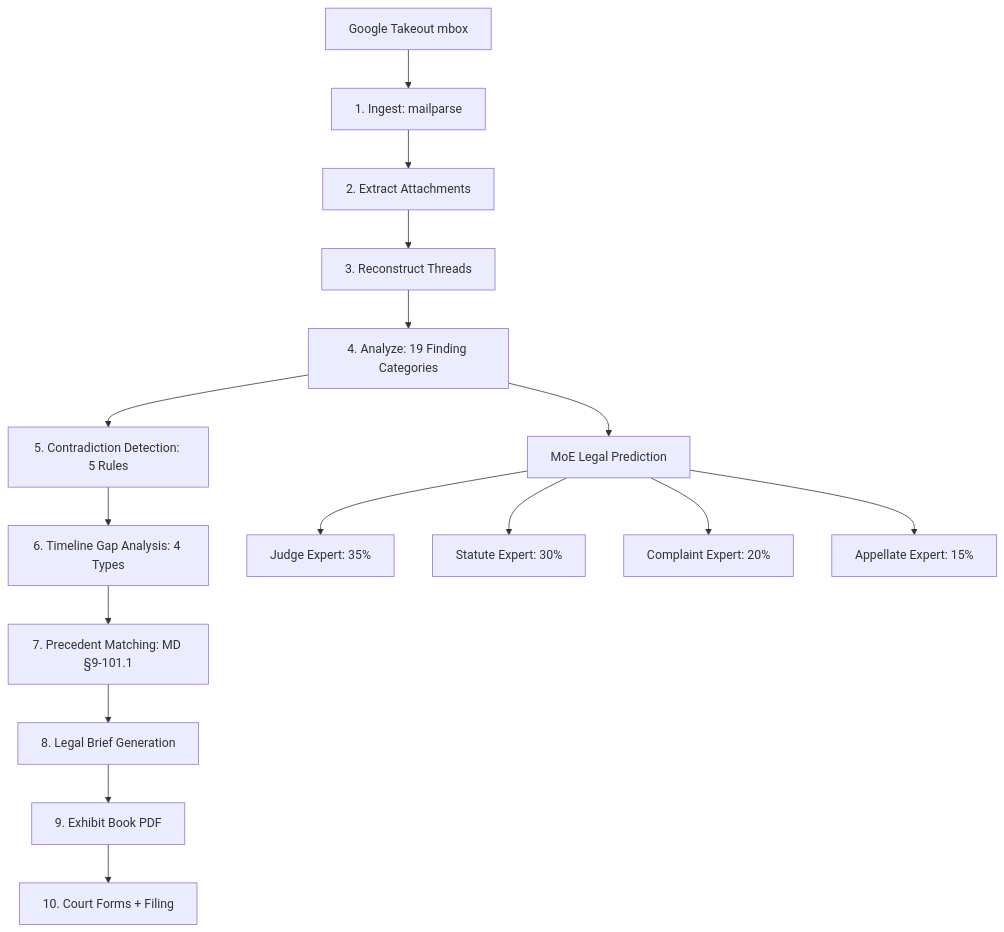
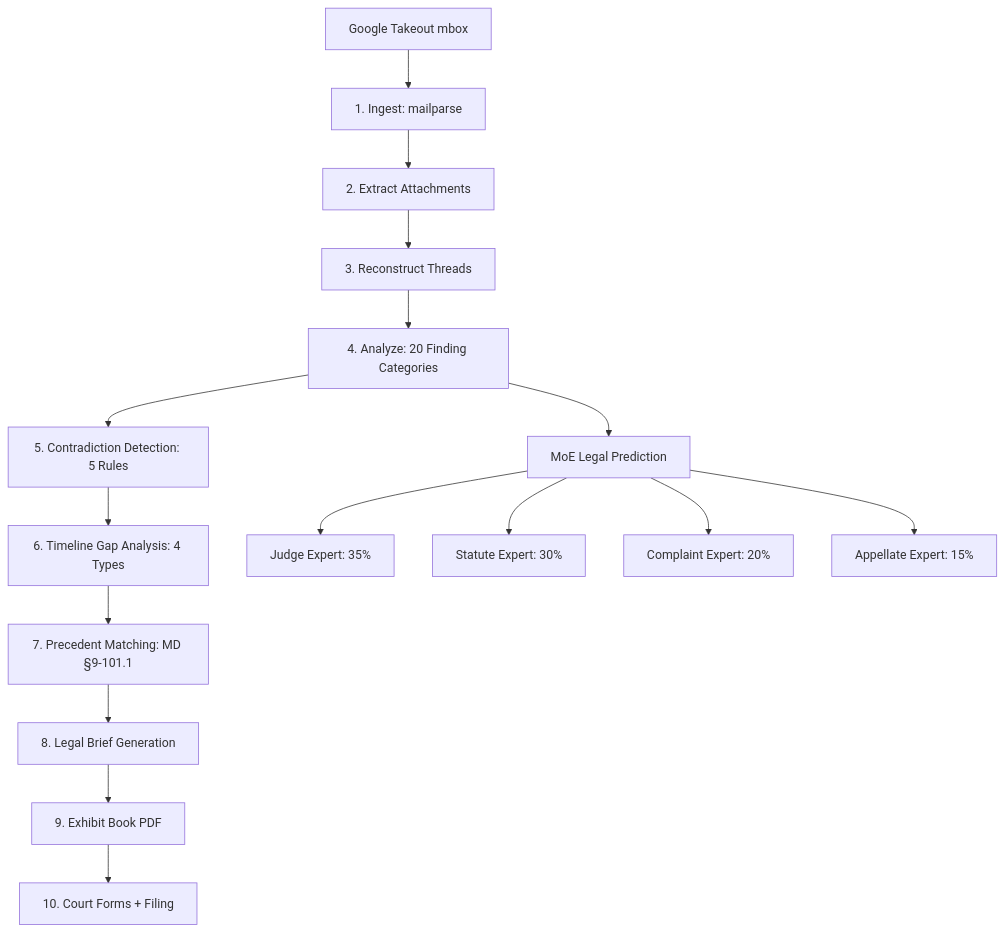
One commit to cochranblock/illbethejudgeofthat changed the diagram in PROOF_OF_ARTIFACTS.md. Above: the diagram before and after it, drawn with Mermaid. The commit also changed other lines of this file and 6 other files, not shown here.

````diff
--- a/PROOF_OF_ARTIFACTS.md
+++ b/PROOF_OF_ARTIFACTS.md
@@ -11,18 +11,18 @@
 ```mermaid
 flowchart TD
     Takeout[Google Takeout mbox] --> Ingest[1. Ingest: mailparse]
     Ingest --> Extract[2. Extract Attachments]
     Extract --> Thread[3. Reconstruct Threads]
-    Thread --> Analyze[4. Analyze: 19 Finding Categories]
+    Thread --> Analyze[4. Analyze: 20 Finding Categories]
     Analyze --> Contradict[5. Contradiction Detection: 5 Rules]
     Contradict --> Gaps[6. Timeline Gap Analysis: 4 Types]
     Gaps --> Precedent[7. Precedent Matching: MD §9-101.1]
     Precedent --> Brief[8. Legal Brief Generation]
     Brief --> Exhibit[9. Exhibit Book PDF]
     Exhibit --> Forms[10. Court Forms + Filing]
     Analyze --> MoE[MoE Legal Prediction]
     MoE --> Judge[Judge Expert: 35%]
     MoE --> Statute[Statute Expert: 30%]
     MoE --> Complaint[Complaint Expert: 20%]
     MoE --> Appellate[Appellate Expert: 15%]
 ```
````
